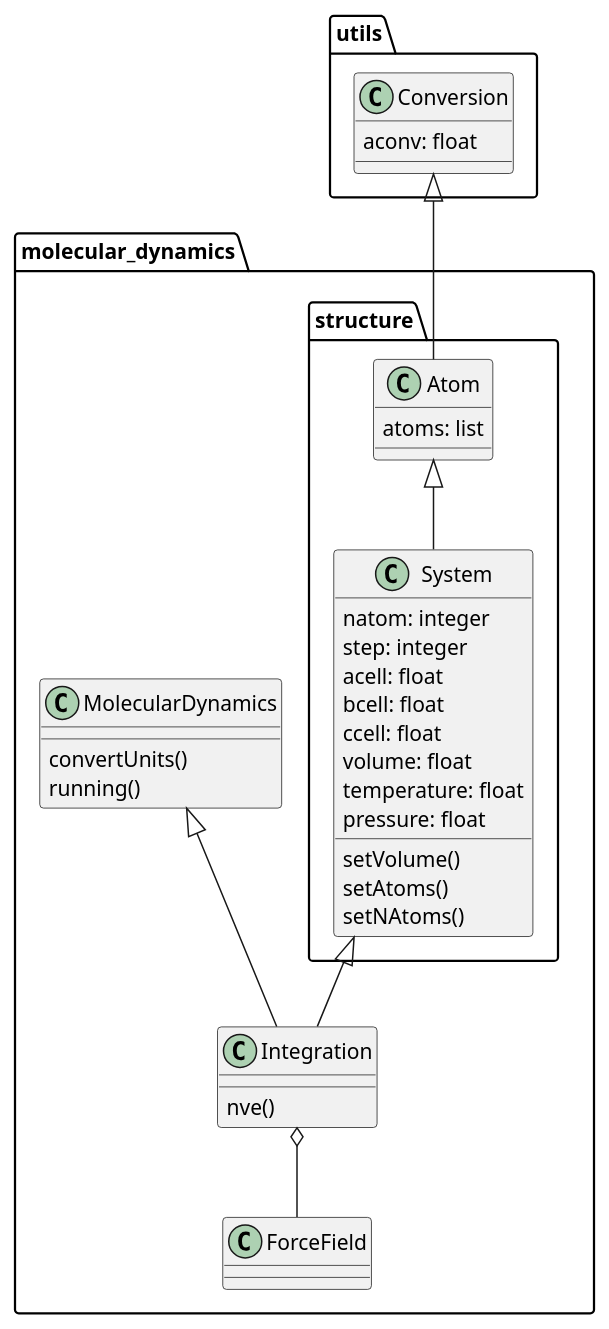
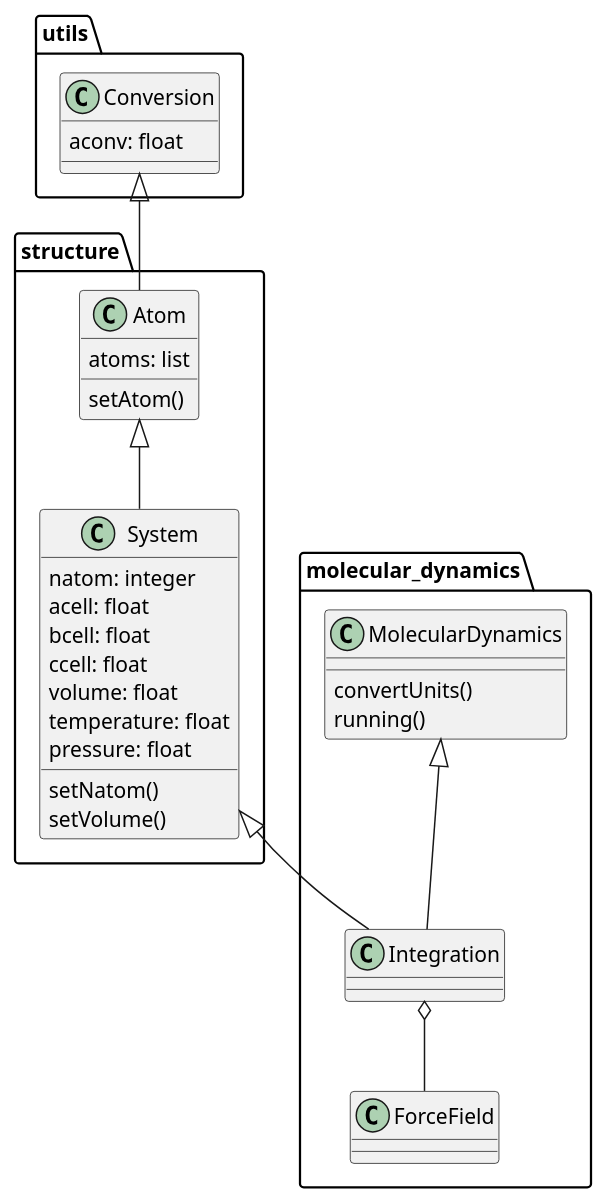
Before and after one commit to flavianowilliams/M3L: the diagram in doc/phase_diagram.puml, drawn with PlantUML. The commit also changed 1 other file, not shown here.

```diff
--- a/doc/phase_diagram.puml
+++ b/doc/phase_diagram.puml
@@ -1,41 +1,39 @@
 @startuml M3L
 package utils{
     class Conversion{
         aconv: float
     }
   }
 package molecular_dynamics{
     class MolecularDynamics{
         convertUnits()
         running()
     }
     class Integration{
-        nve()
     }
     class ForceField{
   }
+}
 package structure{
     class System{
       natom: integer
-      step: integer
       acell: float
       bcell: float
       ccell: float
       volume: float
       temperature: float
       pressure: float
+      setNatom()
       setVolume()
-      setAtoms()
-      setNAtoms()
     }
     class Atom{
         atoms: list
-    }
+        setAtom()
   }
 }
 Conversion <|-- Atom
 Integration o-- ForceField
 MolecularDynamics <|-- Integration
 System <|-- Integration
 Atom <|-- System
 @enduml
```
